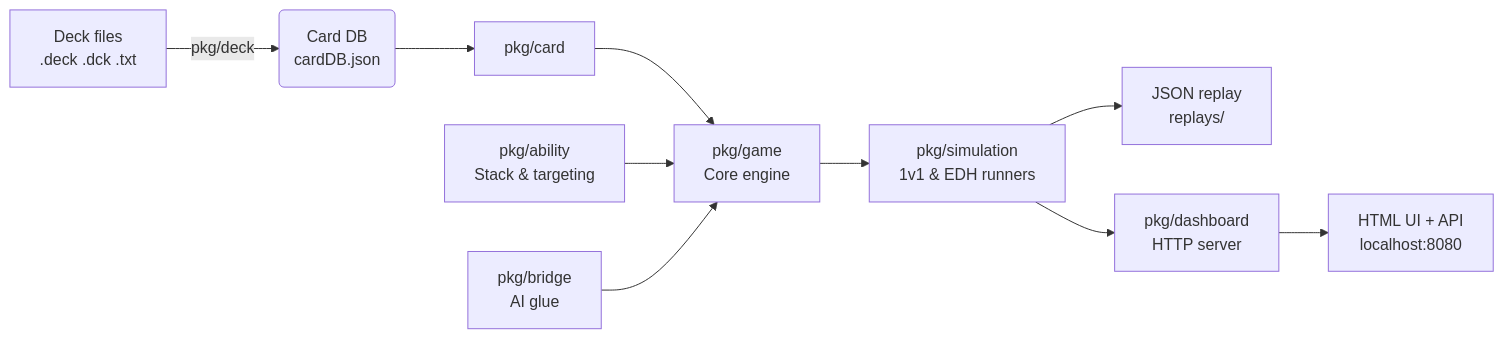
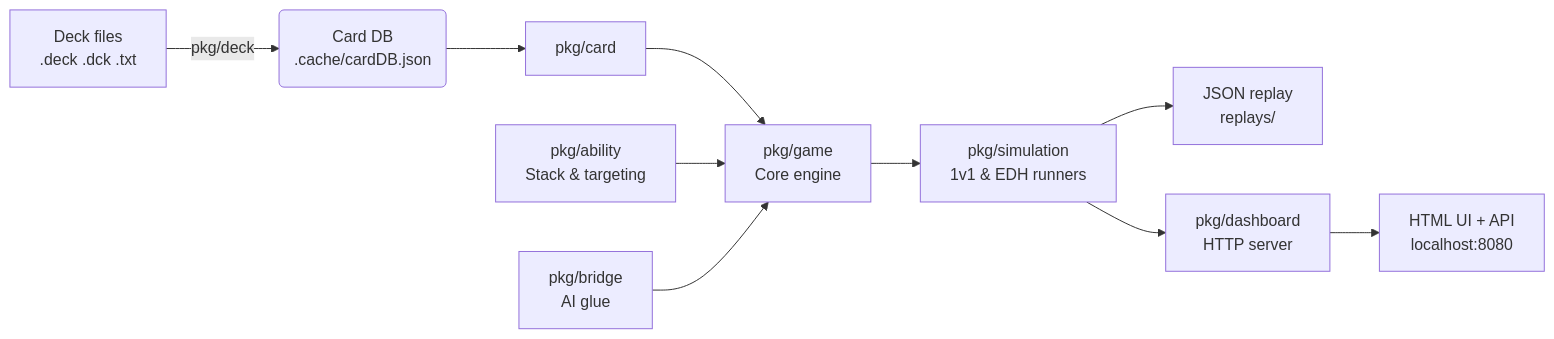
One commit to GalacticBonsai/MTGSim changed the diagram in README.md. Above: the diagram before and after it, drawn with Mermaid. The commit also changed other lines of this file and 29 other files, not shown here.

````diff
--- a/README.md
+++ b/README.md
@@ -279,12 +280,12 @@
 ```mermaid
 graph LR
-    A[Deck files<br/>.deck .dck .txt] -->|pkg/deck| B(Card DB<br/>cardDB.json)
+    A[Deck files<br/>.deck .dck .txt] -->|pkg/deck| B(Card DB<br/>.cache/cardDB.json)
     B --> C[pkg/card]
     C --> D[pkg/game<br/>Core engine]
     D --> E[pkg/simulation<br/>1v1 & EDH runners]
     E --> F[JSON replay<br/>replays/]
     E --> G[pkg/dashboard<br/>HTTP server]
     G --> H[HTML UI + API<br/>localhost:8080]
     I[pkg/ability<br/>Stack & targeting] --> D
     J[pkg/bridge<br/>AI glue] --> D
 ```
````
